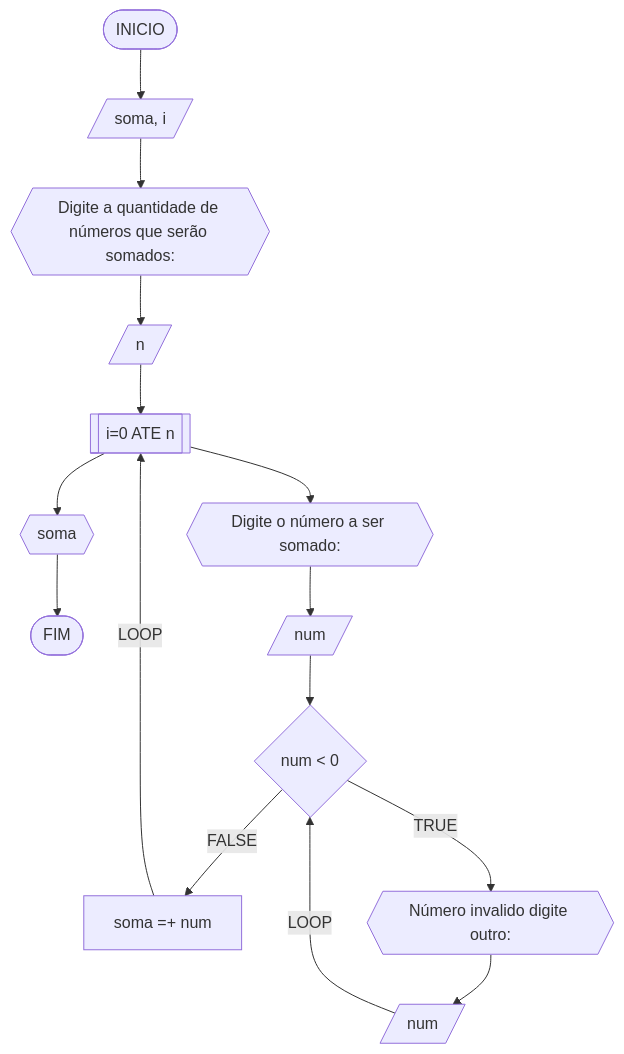
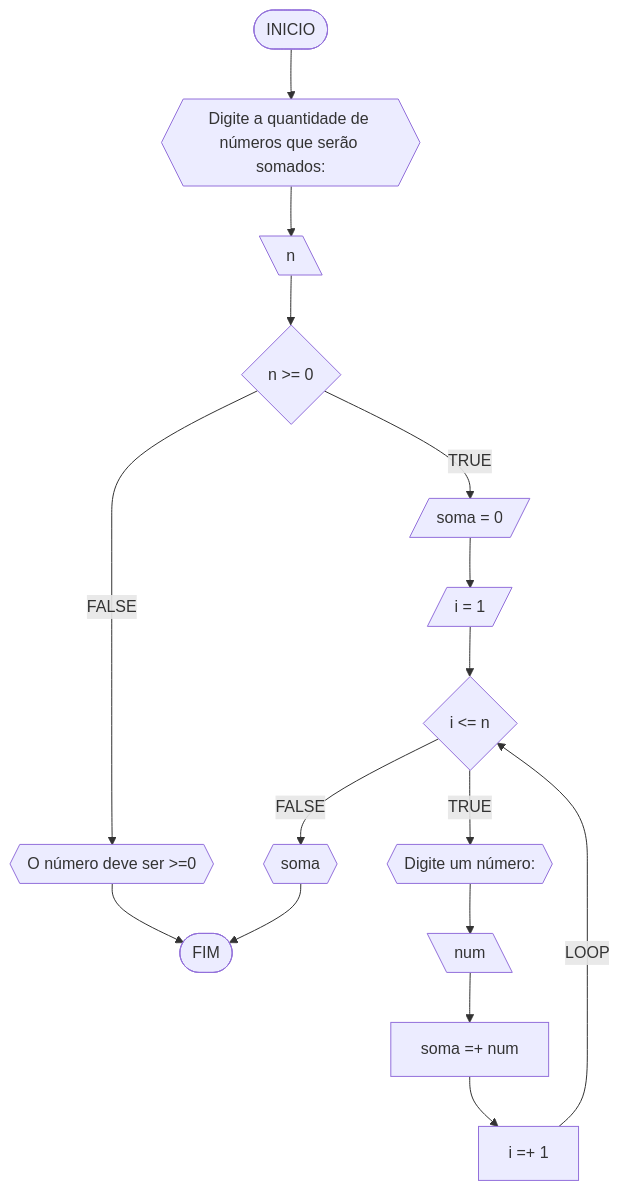
One commit to AlissonFT2/unifor changed the third of 7 diagrams in RLA/unidade1/AD1.md. Above: the diagram before and after it, drawn with Mermaid. The commit also changed other lines of this file, not shown here.

Commit message:
Update AD1.md
fix 3

````diff
--- a/RLA/unidade1/AD1.md
+++ b/RLA/unidade1/AD1.md
@@ -147,22 +147,18 @@
 ```mermaid
 flowchart TD
-A([INICIO]) --> B[/soma, i/]
-B --> C{{Digite a quantidade de números que serão somados: }}
-C --> D[/n/]
-
-E --> I{{soma}}
-I --> Z([FIM])
-
-D --> E[[i=0 ATE n]]
-E --> F{{Digite o número a ser somado: }}
-F --> G[/num/]
-G --> K{num < 0}
-
-K --FALSE--> H[soma =+ num]
-K --TRUE--> M{{Número invalido digite outro:}}
-M --> N[/num/]
-N --LOOP--> K
-
-
-H --LOOP--> E
+A([INICIO]) --> B{{"Digite a quantidade de números que serão somados: "}}
+B --> C[\n\]
+C --> D{n >= 0}
+D --FALSE-->N{{"O número deve ser >=0"}}
+N --> M([FIM])
+D --TRUE--> E[/soma = 0/]
+E --> F[/i = 1/]
+F --> G{i <= n}
+G --FALSE--> L{{soma}}
+L --> M
+G --TRUE--> H{{Digite um número: }}
+H --> I[\num\]
+I --> J[soma =+ num]
+J --> K[i =+ 1]
+K --LOOP--> G
 ```
````
